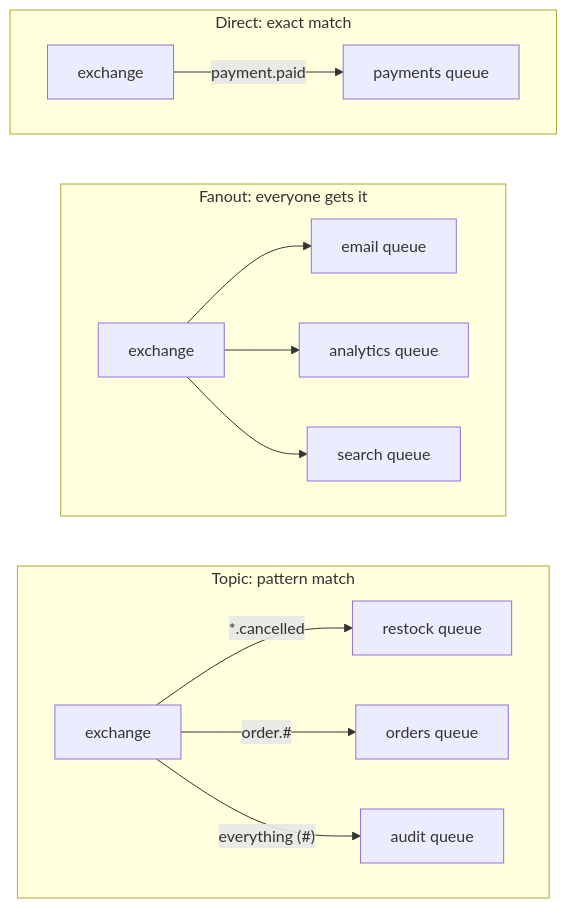
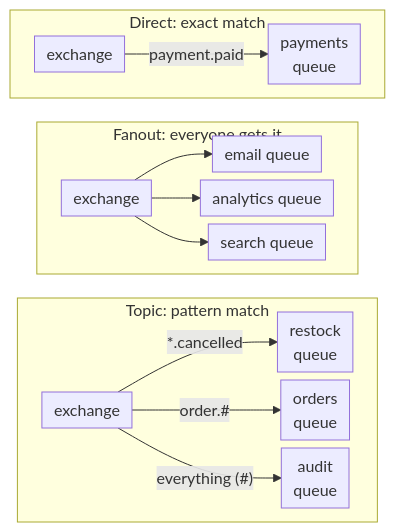
Before and after one commit to duongbui234/software-engineering-atlas: the first of 3 diagrams in content/en/posts/2026-11-21-rabbitmq-exchanges.md, drawn with Mermaid. The commit also changed other lines of this file and 134 other files, not shown here.

First line of the commit message:
Fit every Mermaid diagram at 390px without sideways scroll (#56)

````diff
--- a/content/en/posts/2026-11-21-rabbitmq-exchanges.md
+++ b/content/en/posts/2026-11-21-rabbitmq-exchanges.md
@@ -59,20 +59,21 @@
 ```mermaid
+%%{init: {"flowchart": {"nodeSpacing": 8, "rankSpacing": 24, "padding": 6}}}%%
 flowchart TB
     subgraph D["Direct: exact match"]
         direction LR
-        DX["exchange"] -->|"payment.paid"| DQ1["payments queue"]
+        DX["exchange"] -->|"payment.paid"| DQ1["payments<br/>queue"]
     end
     subgraph F["Fanout: everyone gets it"]
         direction LR
         FX["exchange"] --> FQ1["email queue"]
         FX --> FQ2["analytics queue"]
         FX --> FQ3["search queue"]
     end
     subgraph T["Topic: pattern match"]
         direction LR
-        TX["exchange"] -->|"*.cancelled"| TQ1["restock queue"]
-        TX -->|"order.#"| TQ2["orders queue"]
-        TX -->|"everything (#)"| TQ3["audit queue"]
+        TX["exchange"] -->|"*.cancelled"| TQ1["restock<br/>queue"]
+        TX -->|"order.#"| TQ2["orders<br/>queue"]
+        TX -->|"everything (#)"| TQ3["audit<br/>queue"]
     end
     D ~~~ F ~~~ T
 ```
````
